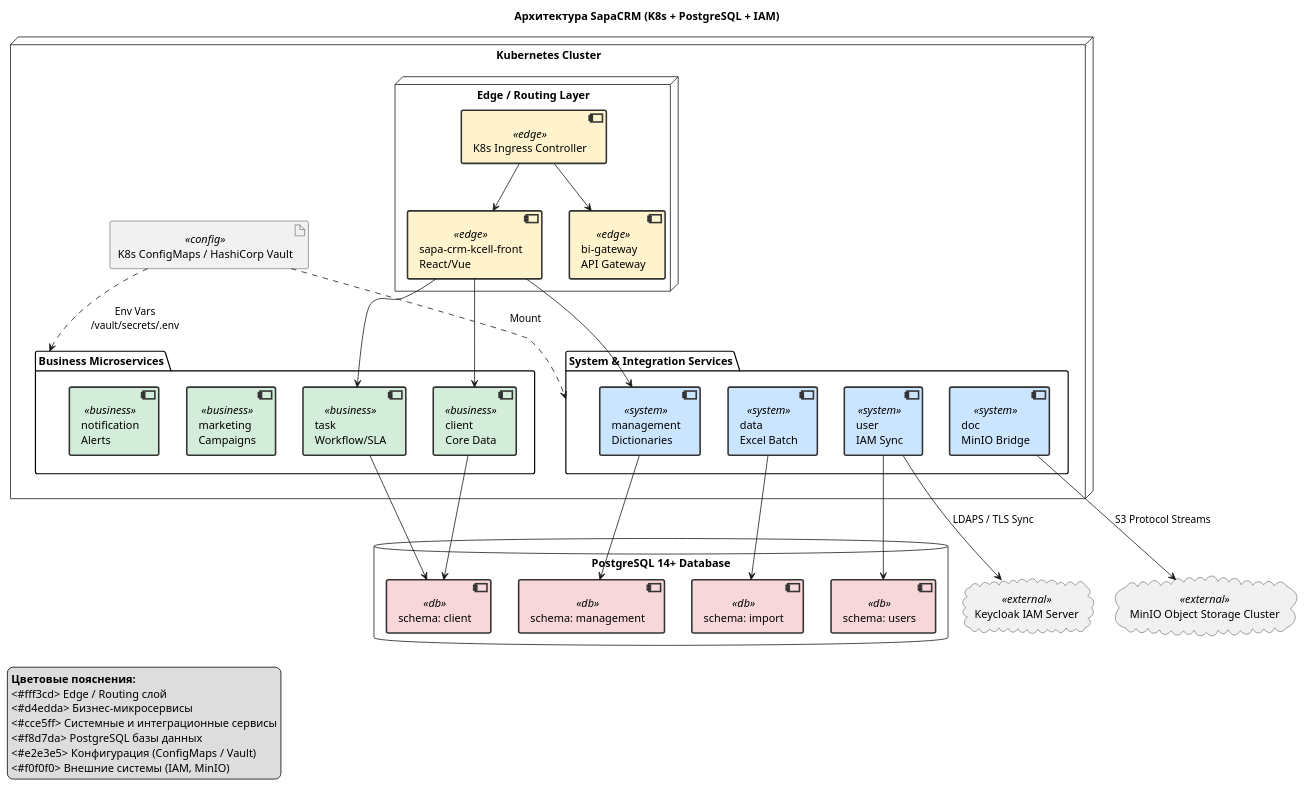
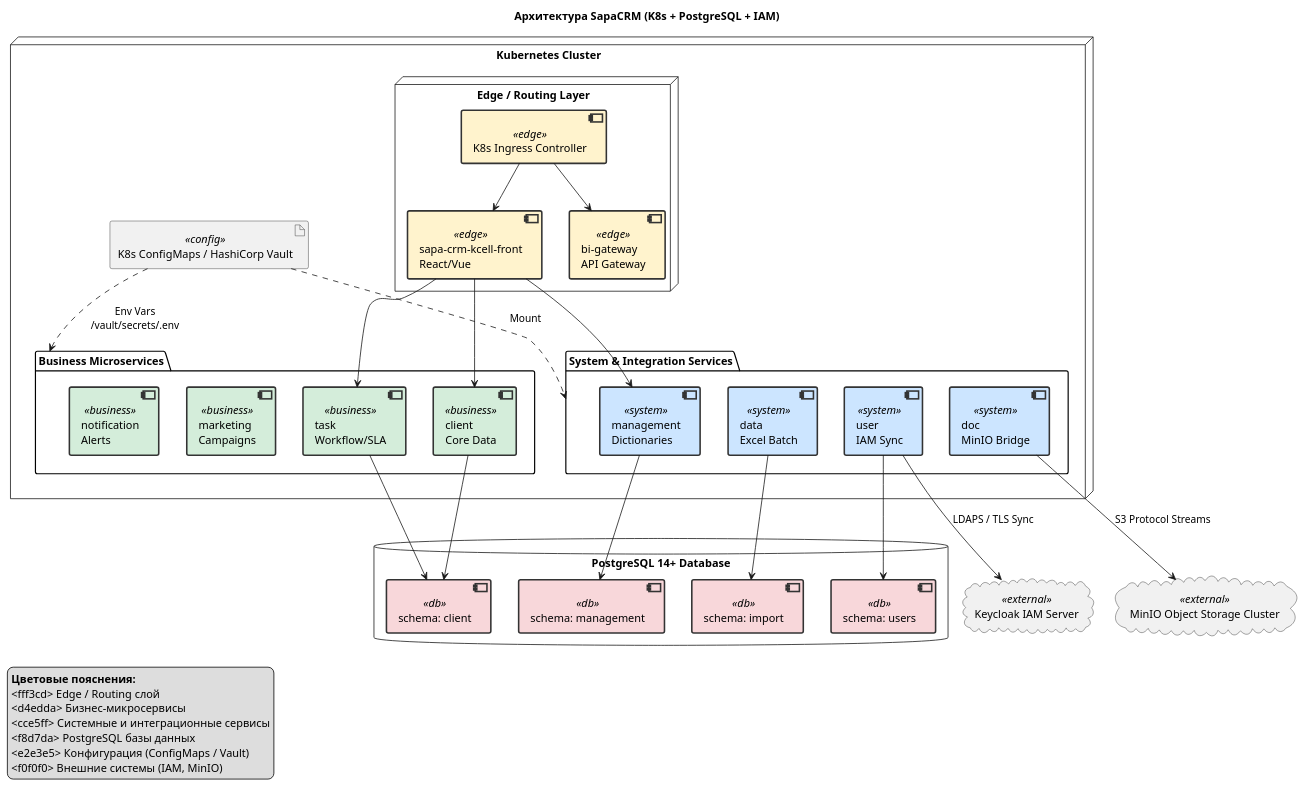
The fifth of 5 diagrams in SapaCRM Kcell описание/Full Version Архитектура и устройство SapaCRM (АО «Kcell»).md (styazhkoV/-), drawn with PlantUML before and after one commit. The commit also changed other lines of this file and 53 other files, not shown here.

```diff
--- a/SapaCRM Kcell описание/Full Version Архитектура и устройство SapaCRM (АО «Kcell»).md
+++ b/SapaCRM Kcell описание/Full Version Архитектура и устройство SapaCRM (АО «Kcell»).md
@@ -558,49 +558,49 @@
 
 ' === Стилизация ===
 skinparam component {
-  BackgroundColor<<edge>> #fff3cd
-  BorderColor #856404
+  BackgroundColor<<edge>> fff3cd
+  BorderColor 856404
   BorderThickness 2
 }
 
 skinparam component {
-  BackgroundColor<<business>> #d4edda
-  BorderColor #28a745
+  BackgroundColor<<business>> d4edda
+  BorderColor 28a745
   BorderThickness 2
 }
 
 skinparam component {
-  BackgroundColor<<system>> #cce5ff
-  BorderColor #004085
+  BackgroundColor<<system>> cce5ff
+  BorderColor 004085
   BorderThickness 2
 }
 
 skinparam component {
-  BackgroundColor<<db>> #f8d7da
-  BorderColor #dc3545
+  BackgroundColor<<db>> f8d7da
+  BorderColor dc3545
   BorderThickness 2
 }
 
 skinparam component {
-  BackgroundColor<<config>> #e2e3e5
-  BorderColor #6c757d
+  BackgroundColor<<config>> e2e3e5
+  BorderColor 6c757d
   BorderThickness 2
 }
 
 skinparam component {
-  BackgroundColor<<external>> #f0f0f0
-  BorderColor #333
+  BackgroundColor<<external>> f0f0f0
+  BorderColor 333
   BorderThickness 2
 }
 
 legend left
   <b>Цветовые пояснения:</b>
-  <#fff3cd> Edge / Routing слой
-  <#d4edda> Бизнес‑микросервисы
-  <#cce5ff> Системные и интеграционные сервисы
-  <#f8d7da> PostgreSQL базы данных
-  <#e2e3e5> Конфигурация (ConfigMaps / Vault)
-  <#f0f0f0> Внешние системы (IAM, MinIO)
+  <fff3cd> Edge / Routing слой
+  <d4edda> Бизнес‑микросервисы
+  <cce5ff> Системные и интеграционные сервисы
+  <f8d7da> PostgreSQL базы данных
+  <e2e3e5> Конфигурация (ConfigMaps / Vault)
+  <f0f0f0> Внешние системы (IAM, MinIO)
 endlegend
 
 @enduml
```
